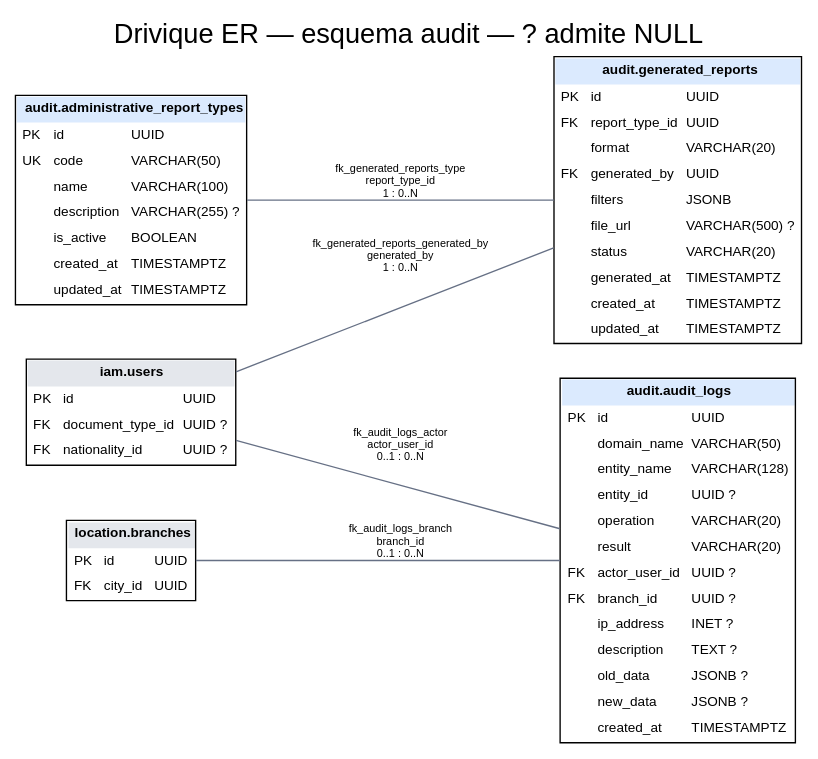
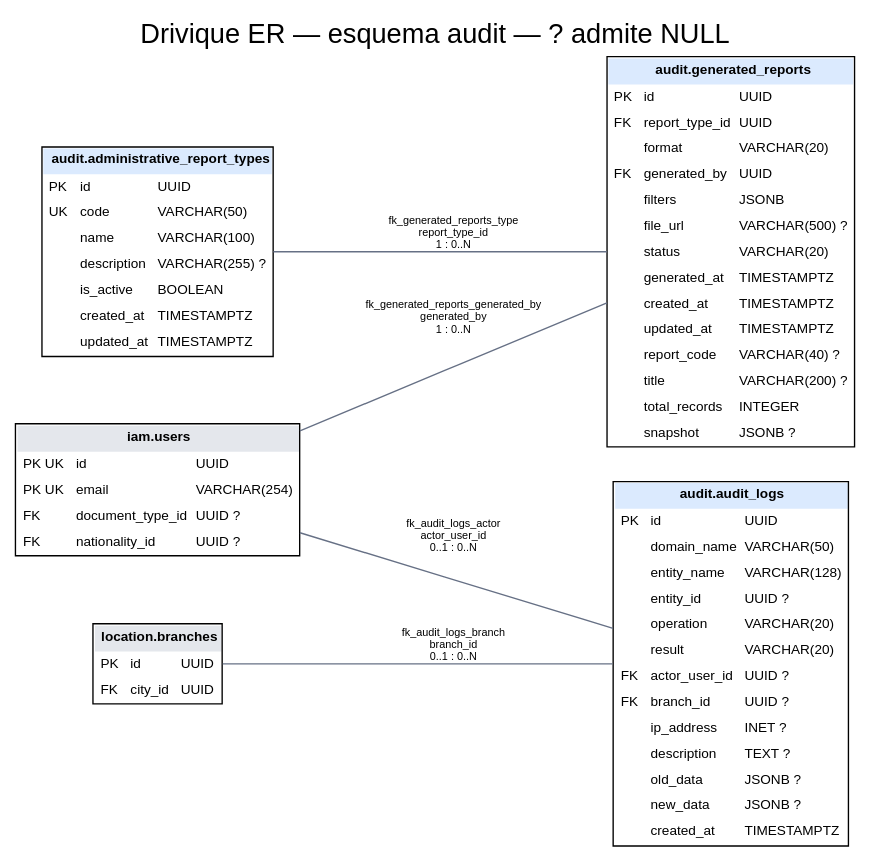
One commit to project-drivique/Documentation changed the diagram in docs/assets/diagrams/er-audit.dot. Above: the diagram before and after it, drawn with Graphviz. The commit also changed 38 other files, not shown here.

First line of the commit message:
docs(database): regenerate the ER diagrams and bring the data dictionary in line with the migrated schema [HU-INT-23]

```diff
--- a/docs/assets/diagrams/er-audit.dot
+++ b/docs/assets/diagrams/er-audit.dot
@@ -1,14 +1,14 @@
 digraph ER {
 graph [rankdir=LR, bgcolor="white", nodesep="0.35", ranksep="1.3", splines=polyline, overlap=false, label="Drivique ER — esquema audit — ? admite NULL", labelloc=t, fontsize=20, fontname="Arial"];
 node [shape=plain,fontname="Arial"];
 edge [fontname="Arial",fontsize=8,dir=none,color="#667085"];
 "audit.administrative_report_types" [label=<<TABLE BORDER="1" CELLBORDER="0" CELLSPACING="0" CELLPADDING="4"><TR><TD COLSPAN="3" BGCOLOR="#dbeafe"><B>audit.administrative_report_types</B></TD></TR><TR><TD ALIGN="LEFT">PK</TD><TD ALIGN="LEFT">id</TD><TD ALIGN="LEFT">UUID</TD></TR><TR><TD ALIGN="LEFT">UK</TD><TD ALIGN="LEFT">code</TD><TD ALIGN="LEFT">VARCHAR(50)</TD></TR><TR><TD ALIGN="LEFT"></TD><TD ALIGN="LEFT">name</TD><TD ALIGN="LEFT">VARCHAR(100)</TD></TR><TR><TD ALIGN="LEFT"></TD><TD ALIGN="LEFT">description</TD><TD ALIGN="LEFT">VARCHAR(255) ?</TD></TR><TR><TD ALIGN="LEFT"></TD><TD ALIGN="LEFT">is_active</TD><TD ALIGN="LEFT">BOOLEAN</TD></TR><TR><TD ALIGN="LEFT"></TD><TD ALIGN="LEFT">created_at</TD><TD ALIGN="LEFT">TIMESTAMPTZ</TD></TR><TR><TD ALIGN="LEFT"></TD><TD ALIGN="LEFT">updated_at</TD><TD ALIGN="LEFT">TIMESTAMPTZ</TD></TR></TABLE>>,fontsize=10];
 "audit.audit_logs" [label=<<TABLE BORDER="1" CELLBORDER="0" CELLSPACING="0" CELLPADDING="4"><TR><TD COLSPAN="3" BGCOLOR="#dbeafe"><B>audit.audit_logs</B></TD></TR><TR><TD ALIGN="LEFT">PK</TD><TD ALIGN="LEFT">id</TD><TD ALIGN="LEFT">UUID</TD></TR><TR><TD ALIGN="LEFT"></TD><TD ALIGN="LEFT">domain_name</TD><TD ALIGN="LEFT">VARCHAR(50)</TD></TR><TR><TD ALIGN="LEFT"></TD><TD ALIGN="LEFT">entity_name</TD><TD ALIGN="LEFT">VARCHAR(128)</TD></TR><TR><TD ALIGN="LEFT"></TD><TD ALIGN="LEFT">entity_id</TD><TD ALIGN="LEFT">UUID ?</TD></TR><TR><TD ALIGN="LEFT"></TD><TD ALIGN="LEFT">operation</TD><TD ALIGN="LEFT">VARCHAR(20)</TD></TR><TR><TD ALIGN="LEFT"></TD><TD ALIGN="LEFT">result</TD><TD ALIGN="LEFT">VARCHAR(20)</TD></TR><TR><TD ALIGN="LEFT">FK</TD><TD ALIGN="LEFT">actor_user_id</TD><TD ALIGN="LEFT">UUID ?</TD></TR><TR><TD ALIGN="LEFT">FK</TD><TD ALIGN="LEFT">branch_id</TD><TD ALIGN="LEFT">UUID ?</TD></TR><TR><TD ALIGN="LEFT"></TD><TD ALIGN="LEFT">ip_address</TD><TD ALIGN="LEFT">INET ?</TD></TR><TR><TD ALIGN="LEFT"></TD><TD ALIGN="LEFT">description</TD><TD ALIGN="LEFT">TEXT ?</TD></TR><TR><TD ALIGN="LEFT"></TD><TD ALIGN="LEFT">old_data</TD><TD ALIGN="LEFT">JSONB ?</TD></TR><TR><TD ALIGN="LEFT"></TD><TD ALIGN="LEFT">new_data</TD><TD ALIGN="LEFT">JSONB ?</TD></TR><TR><TD ALIGN="LEFT"></TD><TD ALIGN="LEFT">created_at</TD><TD ALIGN="LEFT">TIMESTAMPTZ</TD></TR></TABLE>>,fontsize=10];
-"audit.generated_reports" [label=<<TABLE BORDER="1" CELLBORDER="0" CELLSPACING="0" CELLPADDING="4"><TR><TD COLSPAN="3" BGCOLOR="#dbeafe"><B>audit.generated_reports</B></TD></TR><TR><TD ALIGN="LEFT">PK</TD><TD ALIGN="LEFT">id</TD><TD ALIGN="LEFT">UUID</TD></TR><TR><TD ALIGN="LEFT">FK</TD><TD ALIGN="LEFT">report_type_id</TD><TD ALIGN="LEFT">UUID</TD></TR><TR><TD ALIGN="LEFT"></TD><TD ALIGN="LEFT">format</TD><TD ALIGN="LEFT">VARCHAR(20)</TD></TR><TR><TD ALIGN="LEFT">FK</TD><TD ALIGN="LEFT">generated_by</TD><TD ALIGN="LEFT">UUID</TD></TR><TR><TD ALIGN="LEFT"></TD><TD ALIGN="LEFT">filters</TD><TD ALIGN="LEFT">JSONB</TD></TR><TR><TD ALIGN="LEFT"></TD><TD ALIGN="LEFT">file_url</TD><TD ALIGN="LEFT">VARCHAR(500) ?</TD></TR><TR><TD ALIGN="LEFT"></TD><TD ALIGN="LEFT">status</TD><TD ALIGN="LEFT">VARCHAR(20)</TD></TR><TR><TD ALIGN="LEFT"></TD><TD ALIGN="LEFT">generated_at</TD><TD ALIGN="LEFT">TIMESTAMPTZ</TD></TR><TR><TD ALIGN="LEFT"></TD><TD ALIGN="LEFT">created_at</TD><TD ALIGN="LEFT">TIMESTAMPTZ</TD></TR><TR><TD ALIGN="LEFT"></TD><TD ALIGN="LEFT">updated_at</TD><TD ALIGN="LEFT">TIMESTAMPTZ</TD></TR></TABLE>>,fontsize=10];
-"iam.users" [label=<<TABLE BORDER="1" CELLBORDER="0" CELLSPACING="0" CELLPADDING="4"><TR><TD COLSPAN="3" BGCOLOR="#e4e7ec"><B>iam.users</B></TD></TR><TR><TD ALIGN="LEFT">PK</TD><TD ALIGN="LEFT">id</TD><TD ALIGN="LEFT">UUID</TD></TR><TR><TD ALIGN="LEFT">FK</TD><TD ALIGN="LEFT">document_type_id</TD><TD ALIGN="LEFT">UUID ?</TD></TR><TR><TD ALIGN="LEFT">FK</TD><TD ALIGN="LEFT">nationality_id</TD><TD ALIGN="LEFT">UUID ?</TD></TR></TABLE>>,fontsize=10];
+"audit.generated_reports" [label=<<TABLE BORDER="1" CELLBORDER="0" CELLSPACING="0" CELLPADDING="4"><TR><TD COLSPAN="3" BGCOLOR="#dbeafe"><B>audit.generated_reports</B></TD></TR><TR><TD ALIGN="LEFT">PK</TD><TD ALIGN="LEFT">id</TD><TD ALIGN="LEFT">UUID</TD></TR><TR><TD ALIGN="LEFT">FK</TD><TD ALIGN="LEFT">report_type_id</TD><TD ALIGN="LEFT">UUID</TD></TR><TR><TD ALIGN="LEFT"></TD><TD ALIGN="LEFT">format</TD><TD ALIGN="LEFT">VARCHAR(20)</TD></TR><TR><TD ALIGN="LEFT">FK</TD><TD ALIGN="LEFT">generated_by</TD><TD ALIGN="LEFT">UUID</TD></TR><TR><TD ALIGN="LEFT"></TD><TD ALIGN="LEFT">filters</TD><TD ALIGN="LEFT">JSONB</TD></TR><TR><TD ALIGN="LEFT"></TD><TD ALIGN="LEFT">file_url</TD><TD ALIGN="LEFT">VARCHAR(500) ?</TD></TR><TR><TD ALIGN="LEFT"></TD><TD ALIGN="LEFT">status</TD><TD ALIGN="LEFT">VARCHAR(20)</TD></TR><TR><TD ALIGN="LEFT"></TD><TD ALIGN="LEFT">generated_at</TD><TD ALIGN="LEFT">TIMESTAMPTZ</TD></TR><TR><TD ALIGN="LEFT"></TD><TD ALIGN="LEFT">created_at</TD><TD ALIGN="LEFT">TIMESTAMPTZ</TD></TR><TR><TD ALIGN="LEFT"></TD><TD ALIGN="LEFT">updated_at</TD><TD ALIGN="LEFT">TIMESTAMPTZ</TD></TR><TR><TD ALIGN="LEFT"></TD><TD ALIGN="LEFT">report_code</TD><TD ALIGN="LEFT">VARCHAR(40) ?</TD></TR><TR><TD ALIGN="LEFT"></TD><TD ALIGN="LEFT">title</TD><TD ALIGN="LEFT">VARCHAR(200) ?</TD></TR><TR><TD ALIGN="LEFT"></TD><TD ALIGN="LEFT">total_records</TD><TD ALIGN="LEFT">INTEGER</TD></TR><TR><TD ALIGN="LEFT"></TD><TD ALIGN="LEFT">snapshot</TD><TD ALIGN="LEFT">JSONB ?</TD></TR></TABLE>>,fontsize=10];
+"iam.users" [label=<<TABLE BORDER="1" CELLBORDER="0" CELLSPACING="0" CELLPADDING="4"><TR><TD COLSPAN="3" BGCOLOR="#e4e7ec"><B>iam.users</B></TD></TR><TR><TD ALIGN="LEFT">PK UK</TD><TD ALIGN="LEFT">id</TD><TD ALIGN="LEFT">UUID</TD></TR><TR><TD ALIGN="LEFT">PK UK</TD><TD ALIGN="LEFT">email</TD><TD ALIGN="LEFT">VARCHAR(254)</TD></TR><TR><TD ALIGN="LEFT">FK</TD><TD ALIGN="LEFT">document_type_id</TD><TD ALIGN="LEFT">UUID ?</TD></TR><TR><TD ALIGN="LEFT">FK</TD><TD ALIGN="LEFT">nationality_id</TD><TD ALIGN="LEFT">UUID ?</TD></TR></TABLE>>,fontsize=10];
 "location.branches" [label=<<TABLE BORDER="1" CELLBORDER="0" CELLSPACING="0" CELLPADDING="4"><TR><TD COLSPAN="3" BGCOLOR="#e4e7ec"><B>location.branches</B></TD></TR><TR><TD ALIGN="LEFT">PK</TD><TD ALIGN="LEFT">id</TD><TD ALIGN="LEFT">UUID</TD></TR><TR><TD ALIGN="LEFT">FK</TD><TD ALIGN="LEFT">city_id</TD><TD ALIGN="LEFT">UUID</TD></TR></TABLE>>,fontsize=10];
 "iam.users" -> "audit.audit_logs" [label="fk_audit_logs_actor\nactor_user_id\n0..1 : 0..N"];
 "location.branches" -> "audit.audit_logs" [label="fk_audit_logs_branch\nbranch_id\n0..1 : 0..N"];
 "audit.administrative_report_types" -> "audit.generated_reports" [label="fk_generated_reports_type\nreport_type_id\n1 : 0..N"];
 "iam.users" -> "audit.generated_reports" [label="fk_generated_reports_generated_by\ngenerated_by\n1 : 0..N"];
 }
```
